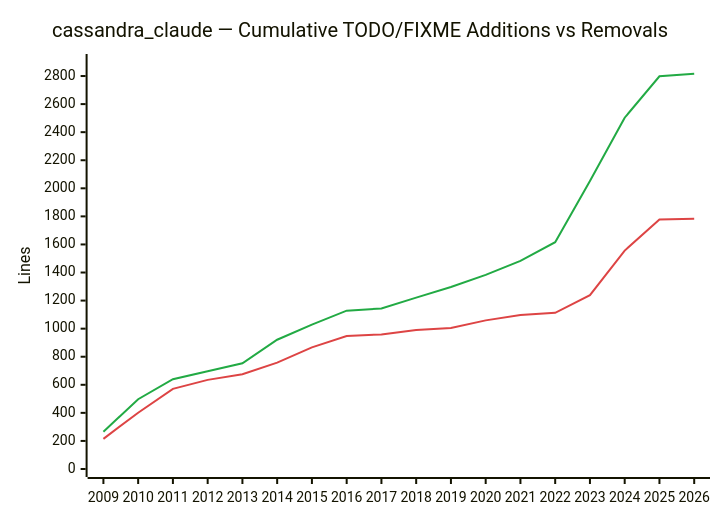
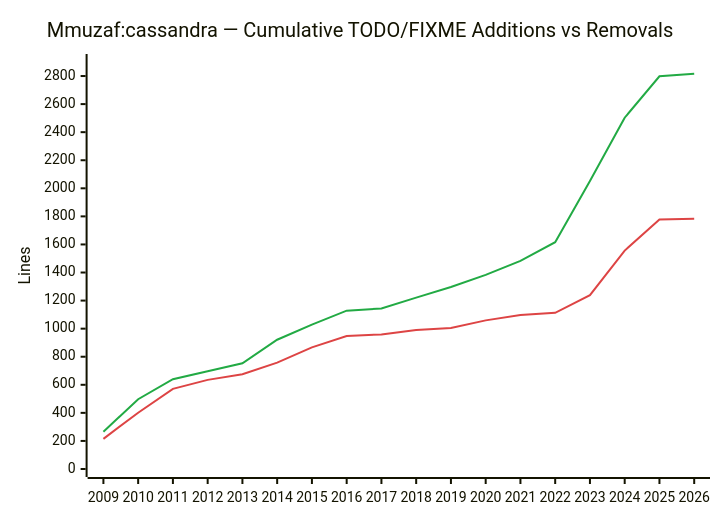
Before and after one commit to Mmuzaf/cassandra: the seventh of 7 diagrams in todo_analysis.md, drawn with Mermaid. The commit also changed other lines of this file, not shown here.

Commit message:
fix background

````diff
--- a/todo_analysis.md
+++ b/todo_analysis.md
@@ -83,9 +86,9 @@
 ```mermaid
-%%{init: {'theme': 'base', 'themeVariables': {'xyChart': {'plotColorPalette': '#22aa44,#dd4444'}}}}%%
+%%{init: {'theme': 'base', 'themeVariables': {'background': '#ffffff', 'xyChart': {'plotColorPalette': '#22aa44,#dd4444'}}}}%%
 xychart-beta
-    title "cassandra_claude — Cumulative TODO/FIXME Additions vs Removals"
+    title "Mmuzaf:cassandra — Cumulative TODO/FIXME Additions vs Removals"
     x-axis [2009, 2010, 2011, 2012, 2013, 2014, 2015, 2016, 2017, 2018, 2019, 2020, 2021, 2022, 2023, 2024, 2025, 2026]
     y-axis "Lines" 0 --> 2900
     line [266, 497, 640, 697, 753, 921, 1029, 1128, 1144, 1221, 1297, 1383, 1483, 1616, 2052, 2503, 2798, 2816]
     line [215, 401, 571, 635, 675, 758, 867, 948, 959, 991, 1004, 1059, 1098, 1113, 1239, 1556, 1778, 1783]
 ```
````
